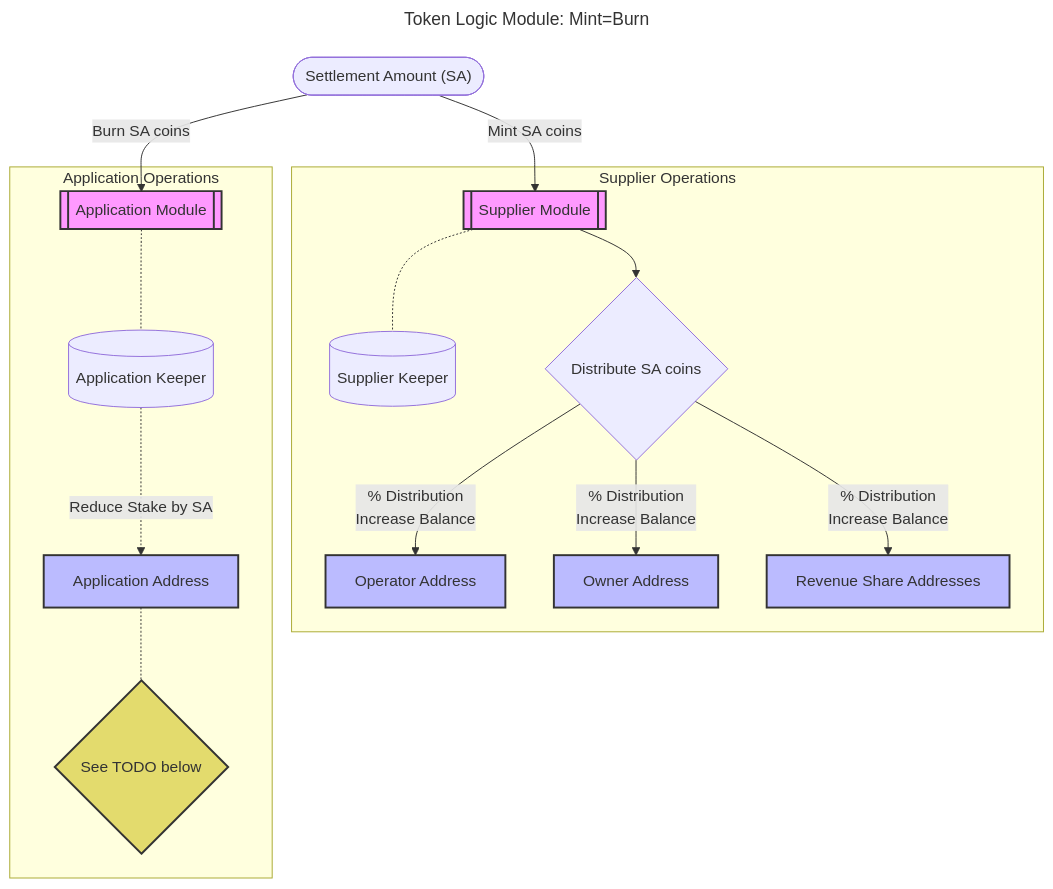
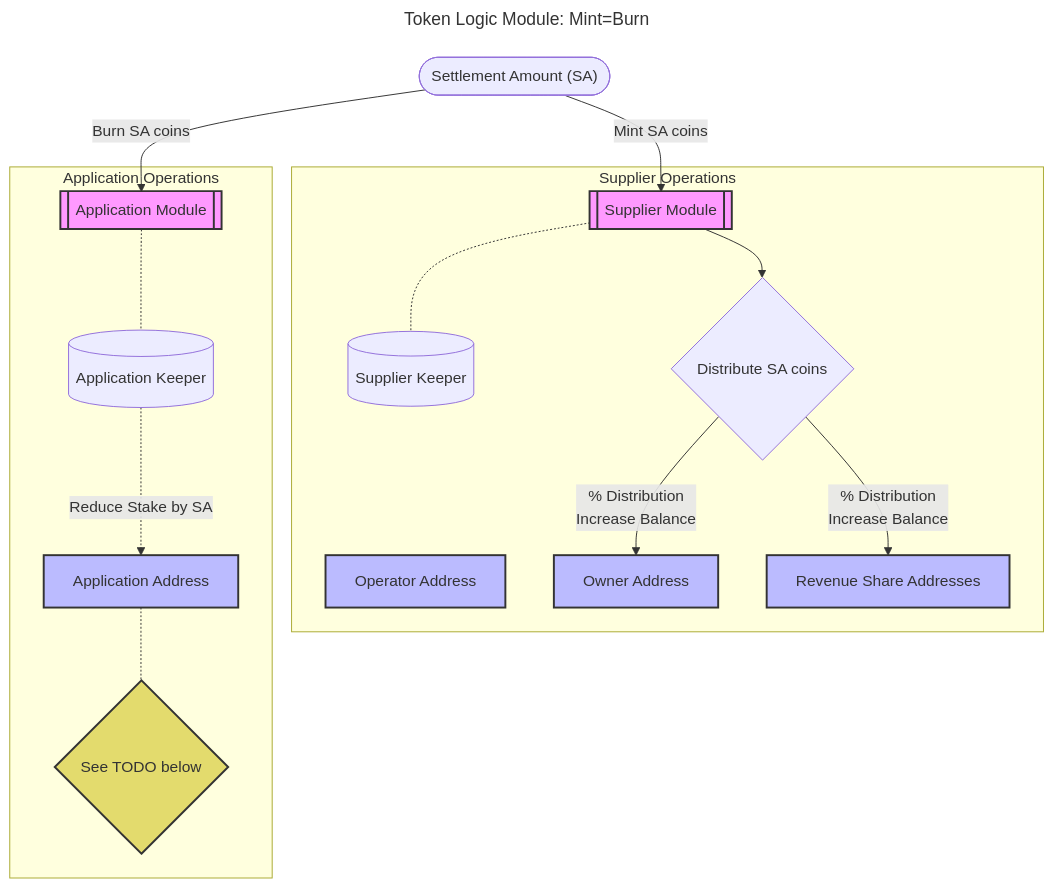
One commit to pokt-network/poktroll changed the second of 4 diagrams in docusaurus/docs/protocol/tokenomics/token_logic_modules.md. Above: the diagram before and after it, drawn with Mermaid.

````diff
--- a/docusaurus/docs/protocol/tokenomics/token_logic_modules.md
+++ b/docusaurus/docs/protocol/tokenomics/token_logic_modules.md
@@ -113,45 +113,44 @@
 ```mermaid
 ---
 title: "Token Logic Module: Mint=Burn"
 ---
 flowchart TD
     SA(["Settlement Amount (SA)"])
 
     SA -- Mint SA coins --> SM
     SA -- Burn SA coins--> AM
 
     subgraph SO[Supplier Operations]
         SM[[Supplier Module]]
         SK[(Supplier Keeper)]
         SD{Distribute SA coins}
         OPA[Operator Address]
         OA[Owner Address]
         RSA[Revenue Share Addresses]
 
         SM -.- SK
-        SD -->|% Distribution <br> Increase Balance| OPA
         SD -->|% Distribution <br> Increase Balance| OA
         SD -->|% Distribution <br> Increase Balance| RSA
     end
 
     subgraph AO[Application Operations]
         AM[[Application Module]]
         AK[(Application Keeper)]
         AA[Application Address]
 
         AM -.- AK
         AK -. Reduce Stake by SA .-> AA
         AA -.- TODO{See TODO below}
     end
 
     SM --> SD
 
     classDef module fill:#f9f,stroke:#333,stroke-width:2px;
     classDef address fill:#bbf,stroke:#333,stroke-width:2px;
     classDef question fill:#e3db6d,stroke:#333,stroke-width:2px;
     classDef event fill:#e8b761,stroke:#333,stroke-width:2px;
 
     class SM,AM module;
     class RSA,OA,OPA,AA address;
     class TODO question;
 ```
````
